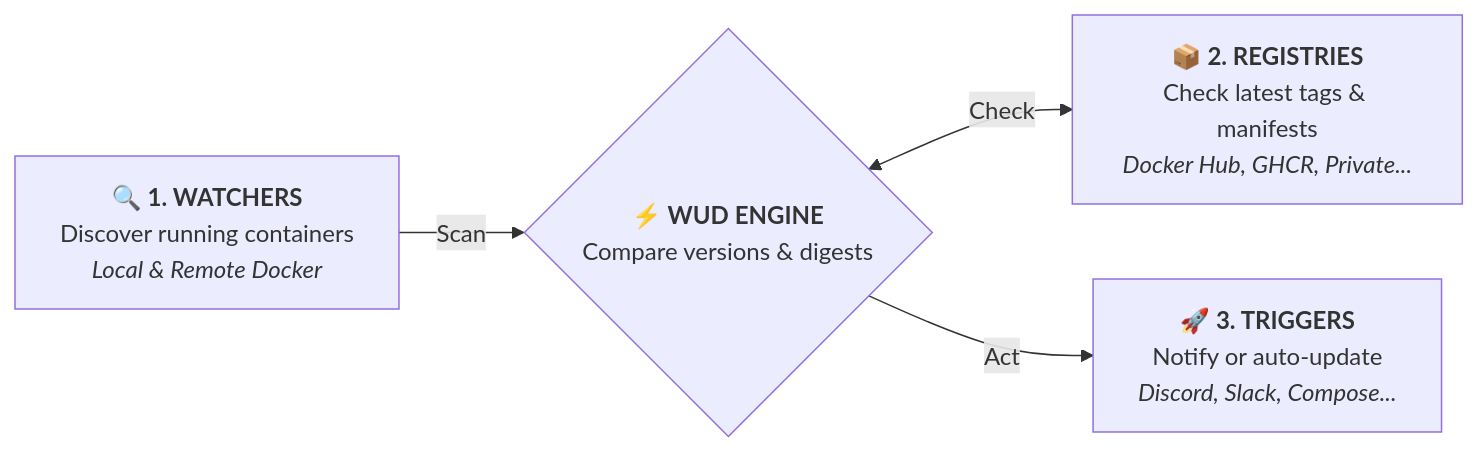
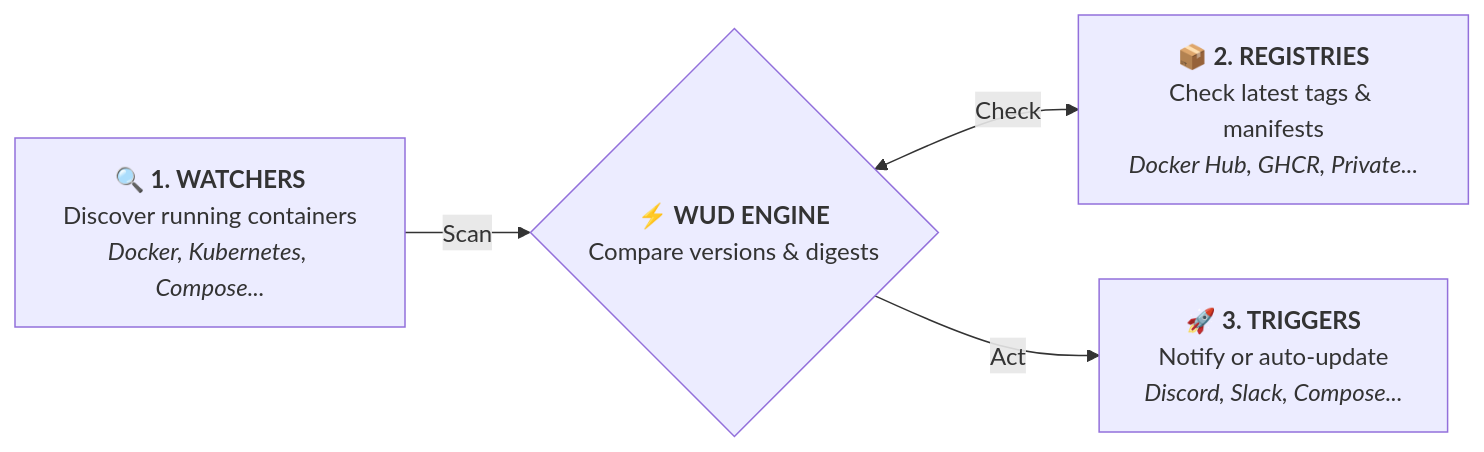
The diagram in website/docs/README.md (getwud/wud), drawn with Mermaid before and after one commit. The commit also changed other lines of this file and 27 other files, not shown here.

First line of the commit message:
🚀 [WATCHER] Add Kubernetes watcher provider (#1246)

````diff
--- a/website/docs/README.md
+++ b/website/docs/README.md
@@ -16,11 +16,11 @@
 ```mermaid
 flowchart LR
-    W["🔍 <b>1. WATCHERS</b><br/>Discover running containers<br/><i>Local &amp; Remote Docker</i>"]:::watcherNode
+    W["🔍 <b>1. WATCHERS</b><br/>Discover running containers<br/><i>Docker, Kubernetes, Compose...</i>"]:::watcherNode
     WUD{"⚡ <b>WUD ENGINE</b><br/>Compare versions &amp; digests"}:::wudNode
     R["📦 <b>2. REGISTRIES</b><br/>Check latest tags &amp; manifests<br/><i>Docker Hub, GHCR, Private...</i>"]:::registryNode
     T["🚀 <b>3. TRIGGERS</b><br/>Notify or auto-update<br/><i>Discord, Slack, Compose...</i>"]:::triggerNode
 
     W -->|"Scan"| WUD
     WUD <-->|"Check"| R
     WUD -->|"Act"| T
 ```
````
